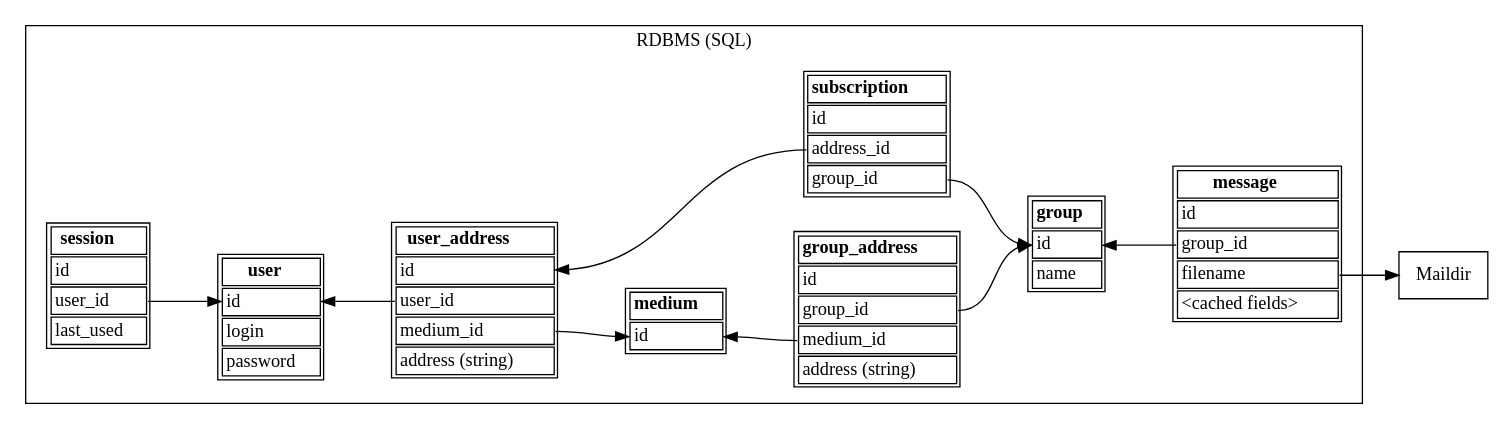
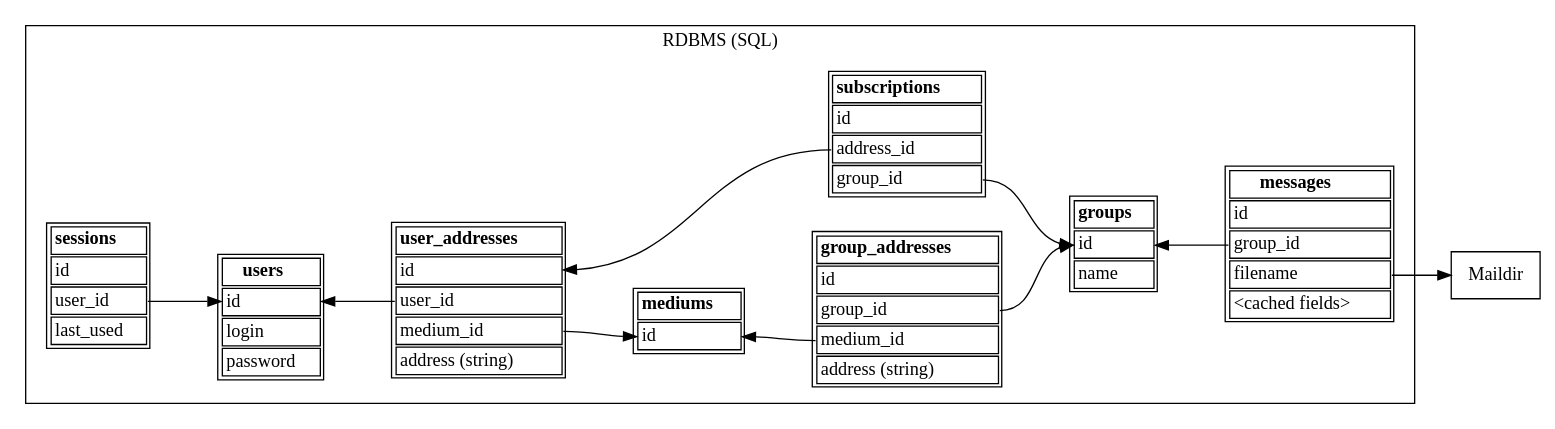
The diagram in HACKING/relational-model-diagram.dot (LukeShu/periwinkle), drawn with Graphviz before and after one commit.

Commit message:
HACKING/relational-model-diagram: make the table names be plural

```diff
--- a/HACKING/relational-model-diagram.dot
+++ b/HACKING/relational-model-diagram.dot
@@ -1,69 +1,69 @@
 digraph "relational-model-diagram" {
 	rankdir=LR;
 	node [shape=none];
 	subgraph cluster_rdbms {
 		label="RDBMS (SQL)"
-		user [label=<<TABLE>
-			<TR><TD PORT="_"><B>user</B></TD></TR>
+		users [label=<<TABLE>
+			<TR><TD PORT="_"><B>users</B></TD></TR>
 			<TR><TD ALIGN="LEFT" PORT="id">id</TD></TR>
 			<TR><TD ALIGN="LEFT" PORT="login">login</TD></TR>
 			<TR><TD ALIGN="LEFT" PORT="password">password</TD></TR>
 			</TABLE>>];
-		user_address [label=<<TABLE>
-			<TR><TD PORT="_"><B>user_address</B></TD></TR>
+		user_addresses [label=<<TABLE>
+			<TR><TD PORT="_"><B>user_addresses</B></TD></TR>
 			<TR><TD ALIGN="LEFT" PORT="id">id</TD></TR>
 			<TR><TD ALIGN="LEFT" PORT="user_id">user_id</TD></TR>
 			<TR><TD ALIGN="LEFT" PORT="medium_id">medium_id</TD></TR>
 			<TR><TD ALIGN="LEFT" PORT="address (string)">address (string)</TD></TR>
 			</TABLE>>];
-		group_address [label=<<TABLE>
-			<TR><TD PORT="_"><B>group_address</B></TD></TR>
+		group_addresses [label=<<TABLE>
+			<TR><TD PORT="_"><B>group_addresses</B></TD></TR>
 			<TR><TD ALIGN="LEFT" PORT="id">id</TD></TR>
 			<TR><TD ALIGN="LEFT" PORT="group_id">group_id</TD></TR>
 			<TR><TD ALIGN="LEFT" PORT="medium_id">medium_id</TD></TR>
 			<TR><TD ALIGN="LEFT" PORT="address (string)">address (string)</TD></TR>
 			</TABLE>>];
-		medium [label=<<TABLE>
-			<TR><TD PORT="_"><B>medium</B></TD></TR>
+		mediums [label=<<TABLE>
+			<TR><TD PORT="_"><B>mediums</B></TD></TR>
 			<TR><TD ALIGN="LEFT" PORT="id">id</TD></TR>
 			</TABLE>>];
-		group [label=<<TABLE>
-			<TR><TD PORT="_"><B>group</B></TD></TR>
+		groups [label=<<TABLE>
+			<TR><TD PORT="_"><B>groups</B></TD></TR>
 			<TR><TD ALIGN="LEFT" PORT="id">id</TD></TR>
 			<TR><TD ALIGN="LEFT" PORT="name">name</TD></TR>
 			</TABLE>>];
-		message [label=<<TABLE>
-			<TR><TD PORT="_"><B>message</B></TD></TR>
+		messages [label=<<TABLE>
+			<TR><TD PORT="_"><B>messages</B></TD></TR>
 			<TR><TD ALIGN="LEFT" PORT="id">id</TD></TR>
 			<TR><TD ALIGN="LEFT" PORT="group_id">group_id</TD></TR>
 			<TR><TD ALIGN="LEFT" PORT="filename">filename</TD></TR>
 			<TR><TD ALIGN="LEFT" PORT="&lt;cached fields&gt;">&lt;cached fields&gt;</TD></TR>
 			</TABLE>>];
-		subscription [label=<<TABLE>
-			<TR><TD PORT="_"><B>subscription</B></TD></TR>
+		subscriptions [label=<<TABLE>
+			<TR><TD PORT="_"><B>subscriptions</B></TD></TR>
 			<TR><TD ALIGN="LEFT" PORT="id">id</TD></TR>
 			<TR><TD ALIGN="LEFT" PORT="address_id">address_id</TD></TR>
 			<TR><TD ALIGN="LEFT" PORT="group_id">group_id</TD></TR>
 			</TABLE>>];
 
-		session [label=<<TABLE>
-			<TR><TD PORT="_"><B>session</B></TD></TR>
+		sessions [label=<<TABLE>
+			<TR><TD PORT="_"><B>sessions</B></TD></TR>
 			<TR><TD ALIGN="LEFT" PORT="id">id</TD></TR>
 			<TR><TD ALIGN="LEFT" PORT="user_id">user_id</TD></TR>
 			<TR><TD ALIGN="LEFT" PORT="last_used">last_used</TD></TR>
 			</TABLE>>];
 	}
 	Maildir [shape=rect];
 
-	user:id -> user_address:user_id [dir=back];
-	medium:id -> group_address:medium_id [dir=back];
-	subscription:group_id -> group:id;
-	user_address:id -> subscription:address_id [dir=back];
+	users:id -> user_addresses:user_id [dir=back];
+	mediums:id -> group_addresses:medium_id [dir=back];
+	subscriptions:group_id -> groups:id;
+	user_addresses:id -> subscriptions:address_id [dir=back];
 
-	session:user_id -> user:id;
-	user_address:medium_id -> medium:id;
-	group_address:group_id -> group:id;
-	group:id -> message:group_id [dir=back];
+	sessions:user_id -> users:id;
+	user_addresses:medium_id -> mediums:id;
+	group_addresses:group_id -> groups:id;
+	groups:id -> messages:group_id [dir=back];
 
-	message:filename -> Maildir;
+	messages:filename -> Maildir;
 }
```
